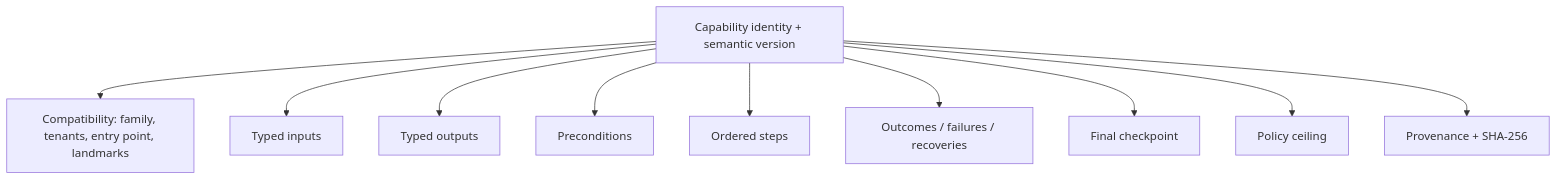
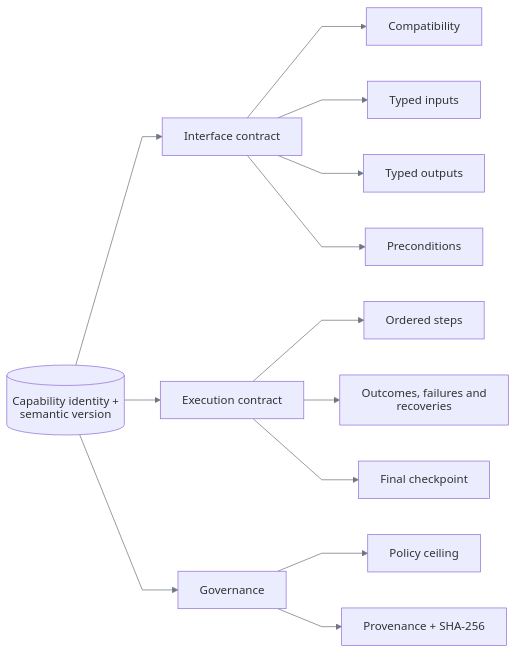
The first of 2 diagrams in docs/capability-and-replay.md (SivaTSS/replay-forge), drawn with Mermaid before and after one commit. The commit also changed other lines of this file and 7 other files, not shown here.

Commit message:
docs: standardize Mermaid diagrams

````diff
--- a/docs/capability-and-replay.md
+++ b/docs/capability-and-replay.md
@@ -16,13 +16,20 @@
 ```mermaid
-flowchart TD
-    A[Capability identity + semantic version]
-    A --> C[Compatibility: family, tenants, entry point, landmarks]
-    A --> I[Typed inputs]
-    A --> O[Typed outputs]
-    A --> P[Preconditions]
-    A --> S[Ordered steps]
-    A --> E[Outcomes / failures / recoveries]
-    A --> K[Final checkpoint]
-    A --> G[Policy ceiling]
-    A --> V[Provenance + SHA-256]
+%%{init: {"htmlLabels":false,"themeVariables":{"lineColor":"#6E7781","signalColor":"#6E7781"},"flowchart":{"curve":"linear"},"sequence":{"wrap":true}}}%%
+flowchart LR
+    A[(Capability identity + semantic version)]
+
+    A --> C0[Interface contract]
+    C0 --> C[Compatibility]
+    C0 --> I[Typed inputs]
+    C0 --> O[Typed outputs]
+    C0 --> P[Preconditions]
+
+    A --> E0[Execution contract]
+    E0 --> S[Ordered steps]
+    E0 --> E[Outcomes, failures and recoveries]
+    E0 --> K[Final checkpoint]
+
+    A --> G0[Governance]
+    G0 --> G[Policy ceiling]
+    G0 --> V[Provenance + SHA-256]
 ```
````
